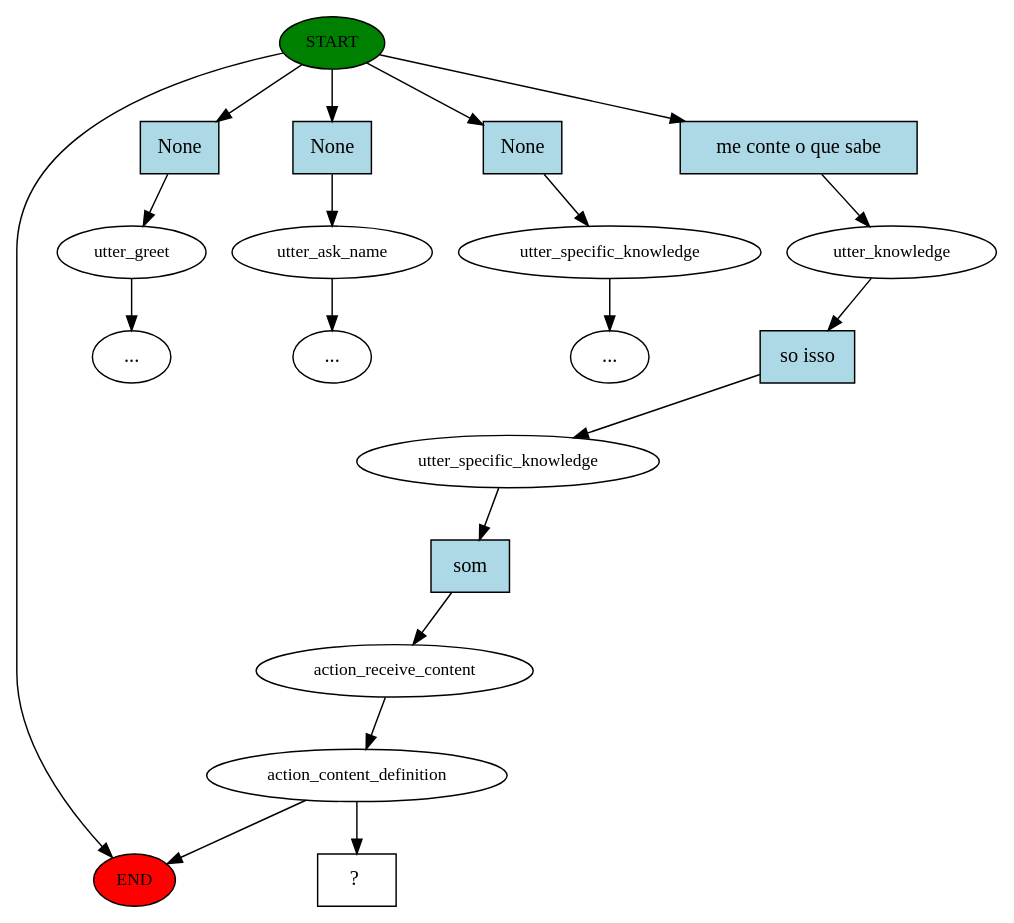
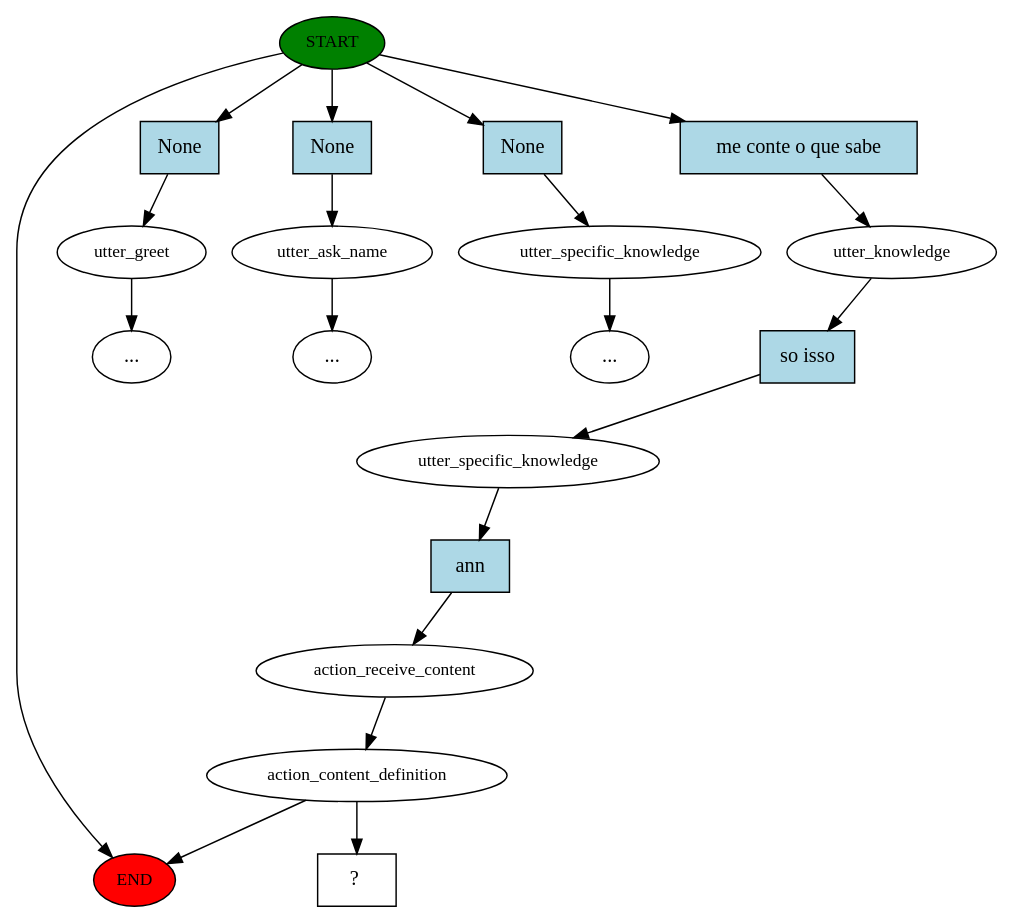
One commit to deeplearningunb/DeepLearningVirtualAssistant-RASA changed the diagram in story_graph.dot. Above: the diagram before and after it, drawn with Graphviz. The commit also changed 2 other files, not shown here.

```diff
--- a/story_graph.dot
+++ b/story_graph.dot
@@ -1,40 +1,40 @@
 digraph  {
 0 [class="start active", fillcolor=green, fontsize=12, label=START, style=filled];
 "-1" [class=end, fillcolor=red, fontsize=12, label=END, style=filled];
 1 [class="", fontsize=12, label=utter_greet];
 2 [class="", fontsize=12, label=utter_ask_name];
 "-5" [class=ellipsis, label="..."];
 4 [class="", fontsize=12, label=utter_specific_knowledge];
 "-6" [class=ellipsis, label="..."];
 5 [class=active, fontsize=12, label=utter_knowledge];
 6 [class=active, fontsize=12, label=utter_specific_knowledge];
 7 [class=active, fontsize=12, label=action_receive_content];
 8 [class=active, fontsize=12, label=action_content_definition];
 "-10" [class=ellipsis, label="..."];
 17 [class="intent dashed active", label="  ?  ", shape=rect];
 18 [class=intent, fillcolor=lightblue, label=None, shape=rect, style=filled];
 19 [class=intent, fillcolor=lightblue, label=None, shape=rect, style=filled];
 20 [class=intent, fillcolor=lightblue, label=None, shape=rect, style=filled];
 21 [class="intent active", fillcolor=lightblue, label="me conte o que sabe", shape=rect, style=filled];
 22 [class="intent active", fillcolor=lightblue, label="so isso", shape=rect, style=filled];
-23 [class="intent active", fillcolor=lightblue, label=som, shape=rect, style=filled];
+23 [class="intent active", fillcolor=lightblue, label=ann, shape=rect, style=filled];
 0 -> "-1"  [class="", key=NONE, label=""];
 0 -> 18  [class="", key=0];
 0 -> 19  [class="", key=0];
 0 -> 20  [class="", key=0];
 0 -> 21  [class=active, key=0];
 1 -> "-10"  [class="", key=NONE, label=""];
 2 -> "-5"  [class="", key=NONE, label=""];
 4 -> "-6"  [class="", key=NONE, label=""];
 5 -> 22  [class=active, key=0];
 6 -> 23  [class=active, key=0];
 7 -> 8  [class=active, key=NONE, label=""];
 8 -> "-1"  [class="", key=NONE, label=""];
 8 -> 17  [class=active, key=NONE, label=""];
 18 -> 1  [class="", key=0];
 19 -> 2  [class="", key=0];
 20 -> 4  [class="", key=0];
 21 -> 5  [class=active, key=0];
 22 -> 6  [class=active, key=0];
 23 -> 7  [class=active, key=0];
 }
```
